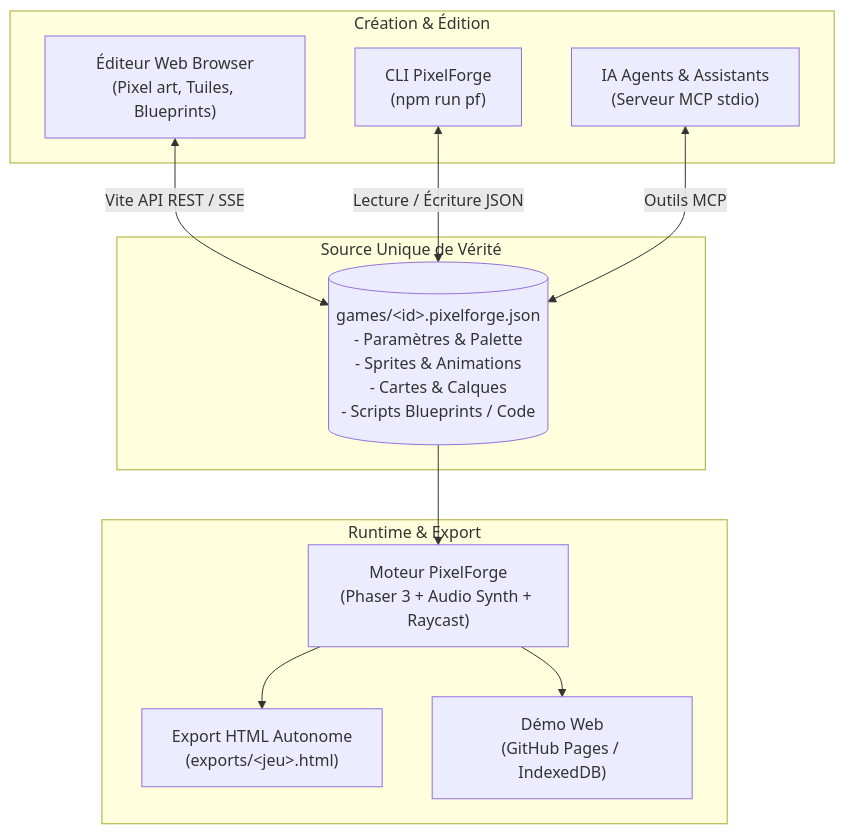
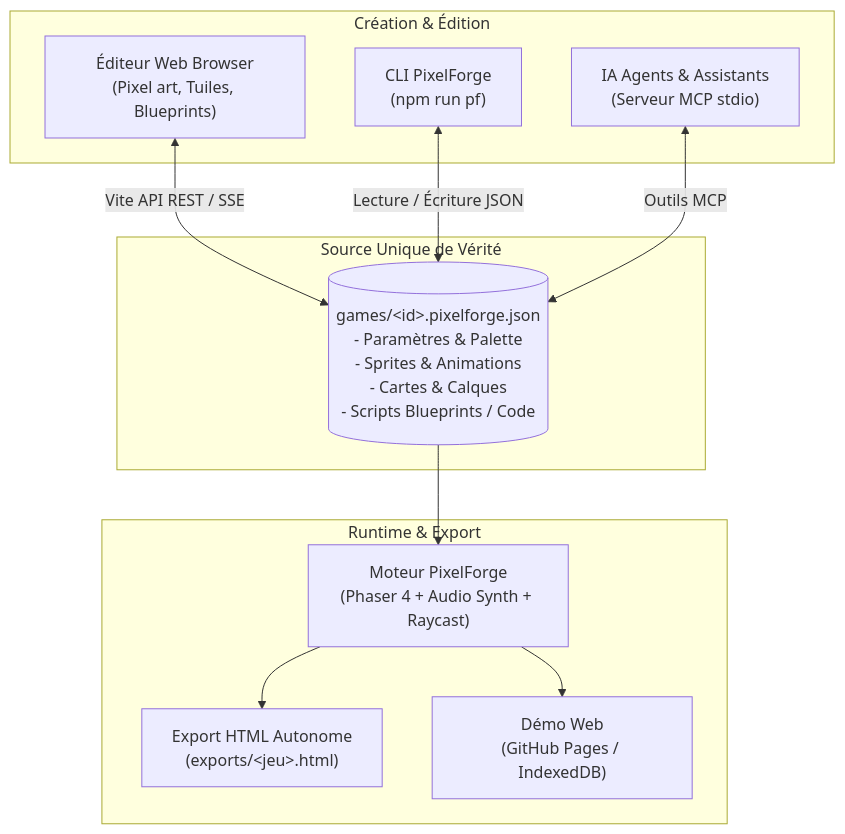
One commit to dyzlek/pixelforge changed the diagram in README.md. Above: the diagram before and after it, drawn with Mermaid. The commit also changed other lines of this file and 5 other files, not shown here.

````diff
--- a/README.md
+++ b/README.md
@@ -49,26 +49,26 @@
 ```mermaid
 flowchart TD
     subgraph Creation["Création & Édition"]
         UI["Éditeur Web Browser<br/>(Pixel art, Tuiles, Blueprints)"]
         CLI["CLI PixelForge<br/>(npm run pf)"]
         AI["IA Agents & Assistants<br/>(Serveur MCP stdio)"]
     end
 
     subgraph Stockage["Source Unique de Vérité"]
         JSON[("games/&lt;id&gt;.pixelforge.json<br/>- Paramètres & Palette<br/>- Sprites & Animations<br/>- Cartes & Calques<br/>- Scripts Blueprints / Code")]
     end
 
     subgraph Moteur["Runtime & Export"]
-        Engine["Moteur PixelForge<br/>(Phaser 3 + Audio Synth + Raycast)"]
+        Engine["Moteur PixelForge<br/>(Phaser 4 + Audio Synth + Raycast)"]
         HTML["Export HTML Autonome<br/>(exports/&lt;jeu&gt;.html)"]
         Pages["Démo Web<br/>(GitHub Pages / IndexedDB)"]
     end
 
     UI <-->|Vite API REST / SSE| JSON
     CLI <-->|Lecture / Écriture JSON| JSON
     AI <-->|Outils MCP| JSON
 
     JSON --> Engine
     Engine --> HTML
     Engine --> Pages
 ```
````
